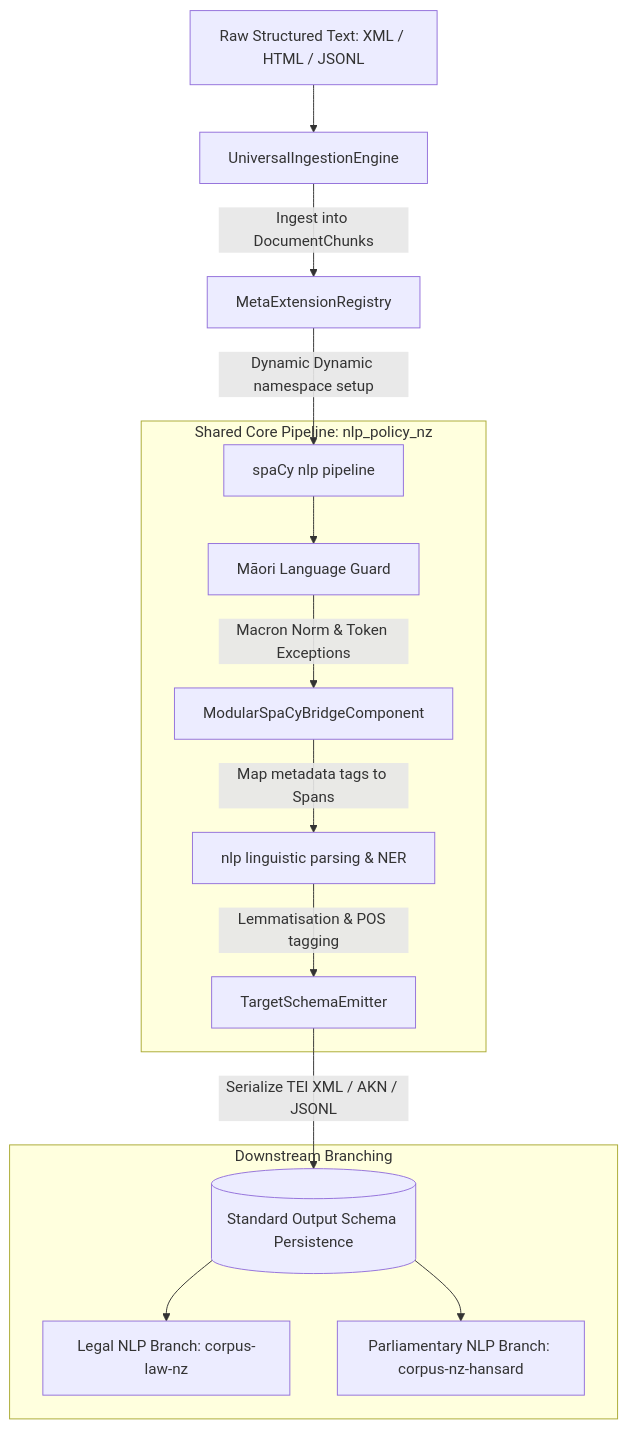
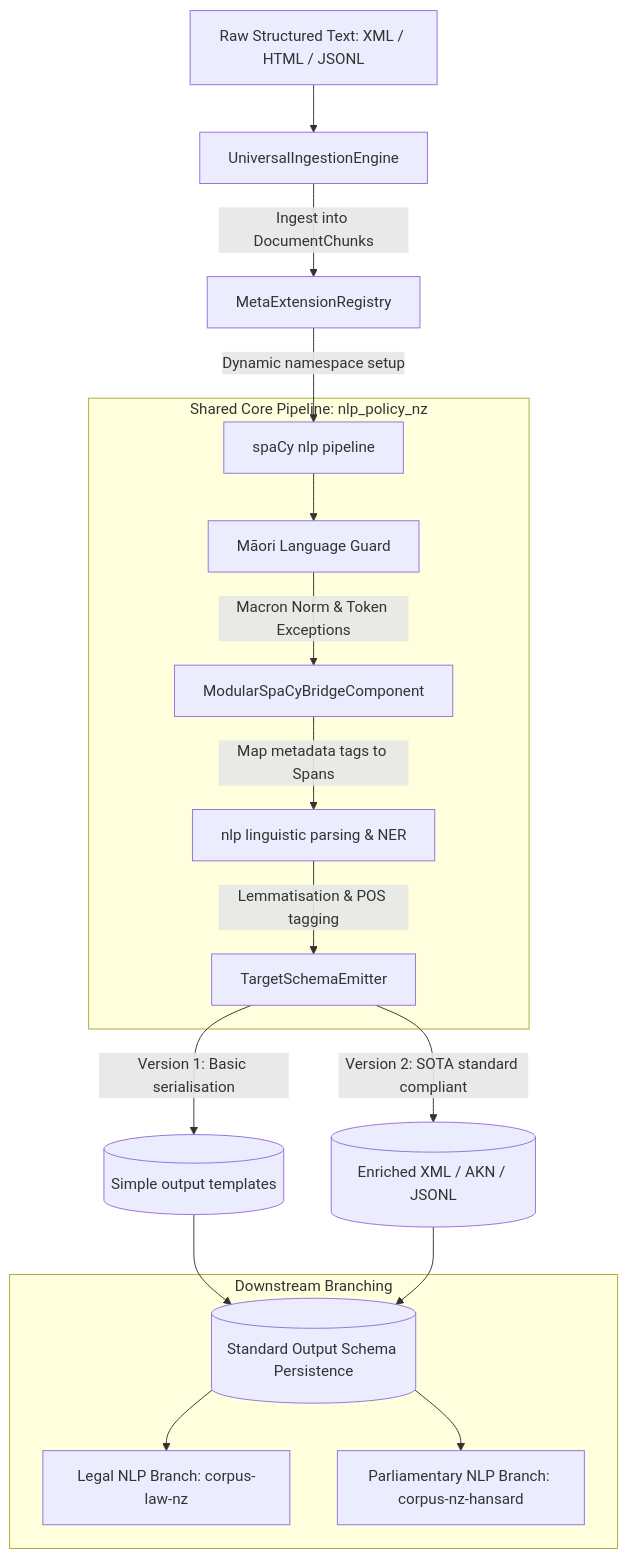
The diagram in conductor/design.md (edithatogo/nlp-policy-nz), drawn with Mermaid before and after one commit. The commit also changed other lines of this file and 4 other files, not shown here.

````diff
--- a/conductor/design.md
+++ b/conductor/design.md
@@ -9,20 +9,23 @@
 ```mermaid
 graph TD
     A[Raw Structured Text: XML / HTML / JSONL] --> B[UniversalIngestionEngine]
     B -->|Ingest into DocumentChunks| C[MetaExtensionRegistry]
-    C -->|Dynamic Dynamic namespace setup| D[spaCy nlp pipeline]
+    C -->|Dynamic namespace setup| D[spaCy nlp pipeline]
     
     subgraph Shared Core Pipeline: nlp_policy_nz
         D --> E[Māori Language Guard]
         E -->|Macron Norm & Token Exceptions| F[ModularSpaCyBridgeComponent]
         F -->|Map metadata tags to Spans| G[nlp linguistic parsing & NER]
         G -->|Lemmatisation & POS tagging| H[TargetSchemaEmitter]
     end
     
-    H -->|Serialize TEI XML / AKN / JSONL| I[(Standard Output Schema Persistence)]
+    H -->|Version 1: Basic serialisation| I[(Simple output templates)]
+    H -->|Version 2: SOTA standard compliant| J[(Enriched XML / AKN / JSONL)]
+    
+    I & J --> K[(Standard Output Schema Persistence)]
     
     subgraph Downstream Branching
-        I --> J[Legal NLP Branch: corpus-law-nz]
-        I --> K[Parliamentary NLP Branch: corpus-nz-hansard]
+        K --> L[Legal NLP Branch: corpus-law-nz]
+        K --> M[Parliamentary NLP Branch: corpus-nz-hansard]
     end
 ```
````
